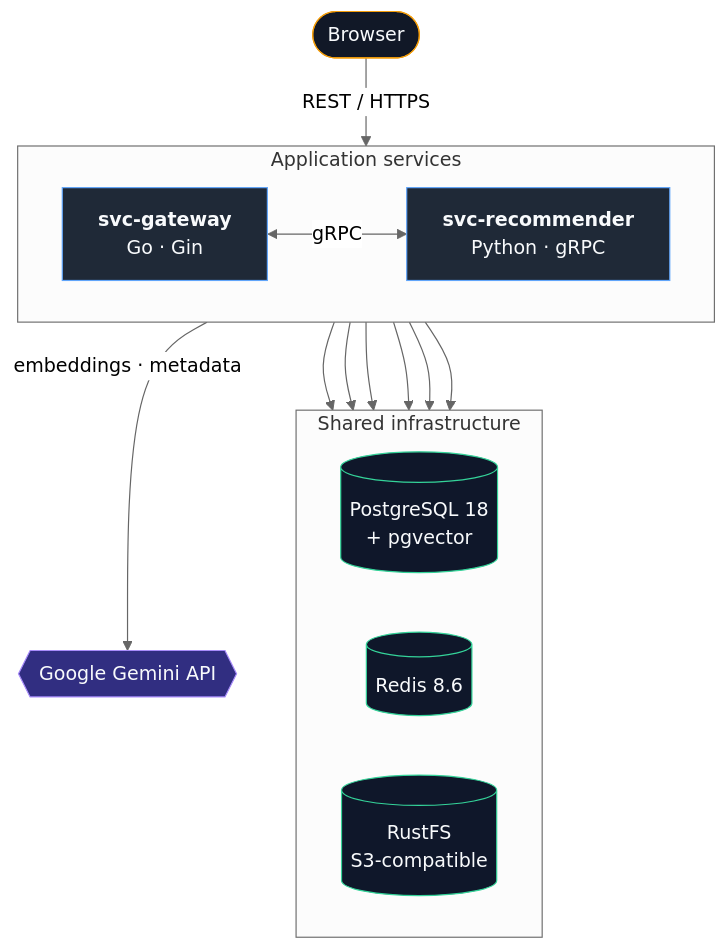
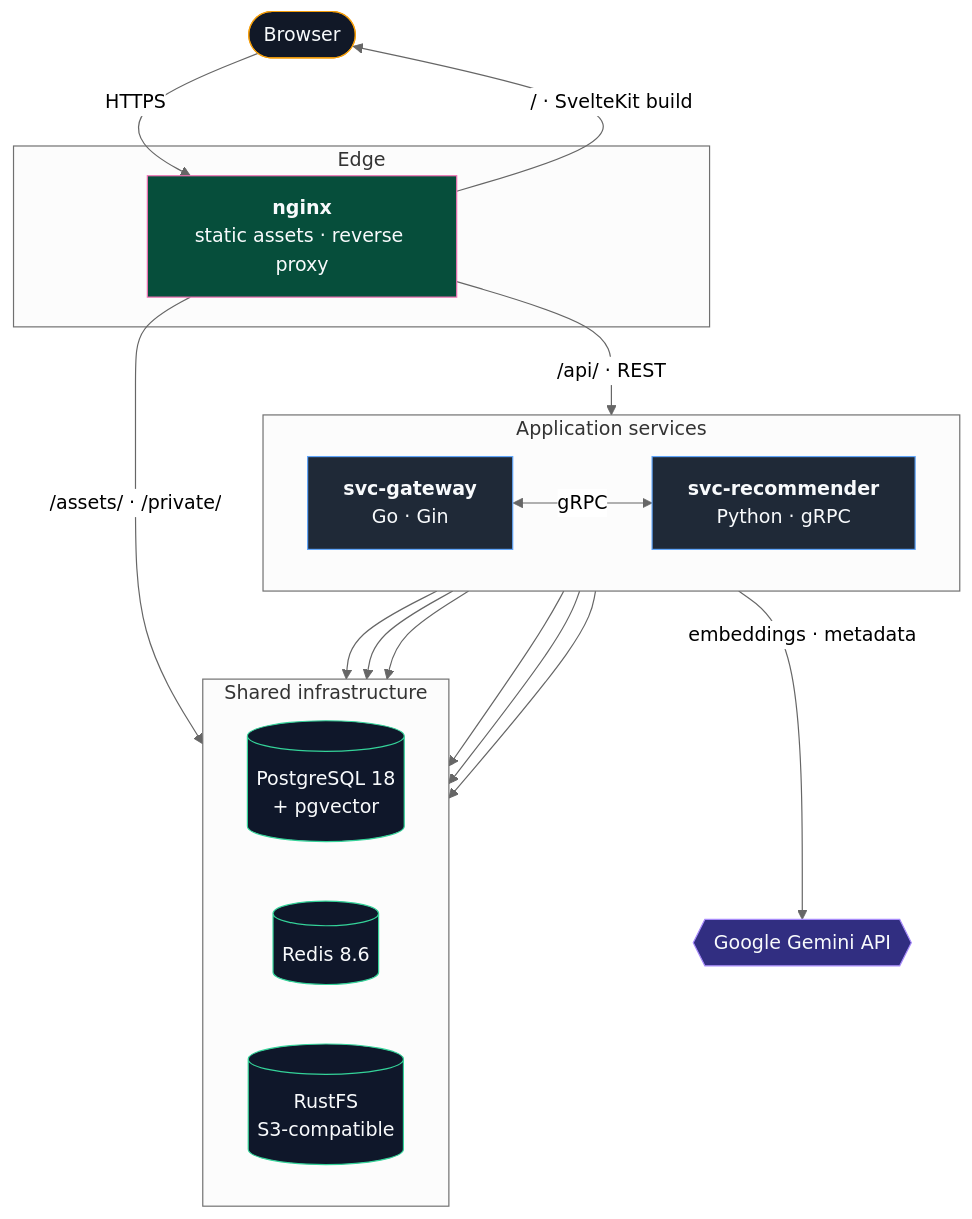
Before and after one commit to ZureTz/sci-vault: the diagram in README.md, drawn with Mermaid (neutral theme).

Commit message:
feat: update architecture diagram in README to include Nginx as reverse proxy

````diff
--- a/README.md
+++ b/README.md
@@ -23,41 +23,51 @@
 ```mermaid
 flowchart TB
     Browser([Browser])
+
+    subgraph edge["Edge"]
+        Nginx["<b>nginx</b><br/>static assets · reverse proxy"]
+    end
 
     subgraph services["Application services"]
         direction LR
         Gateway["<b>svc-gateway</b><br/>Go · Gin"]
         Recommender["<b>svc-recommender</b><br/>Python · gRPC"]
     end
 
     subgraph infra["Shared infrastructure"]
         direction LR
         DB[("PostgreSQL 18<br/>+ pgvector")]
         Cache[("Redis 8.6")]
         Storage[("RustFS<br/>S3-compatible")]
     end
 
     Gemini{{"Google Gemini API"}}
 
-    Browser -->|REST / HTTPS| Gateway
+    Browser -->|HTTPS| Nginx
+    Nginx -->|/ · SvelteKit build| Browser
+    Nginx -->|/api/ · REST| Gateway
+    Nginx -->|/assets/ · /private/| Storage
+
     Gateway <-->|gRPC| Recommender
 
     Gateway --> DB
     Gateway --> Cache
     Gateway --> Storage
 
     Recommender --> DB
     Recommender --> Cache
     Recommender --> Storage
     Recommender -->|embeddings · metadata| Gemini
 
     classDef svc fill:#1f2937,stroke:#60a5fa,stroke-width:1px,color:#f8fafc;
     classDef store fill:#0f172a,stroke:#34d399,stroke-width:1px,color:#f8fafc;
     classDef ext fill:#312e81,stroke:#a78bfa,stroke-width:1px,color:#f8fafc;
     classDef client fill:#111827,stroke:#f59e0b,stroke-width:1px,color:#f8fafc;
+    classDef proxy fill:#064e3b,stroke:#f472b6,stroke-width:1px,color:#f8fafc;
 
     class Gateway,Recommender svc;
     class DB,Cache,Storage store;
     class Gemini ext;
     class Browser client;
+    class Nginx proxy;
 ```
````
